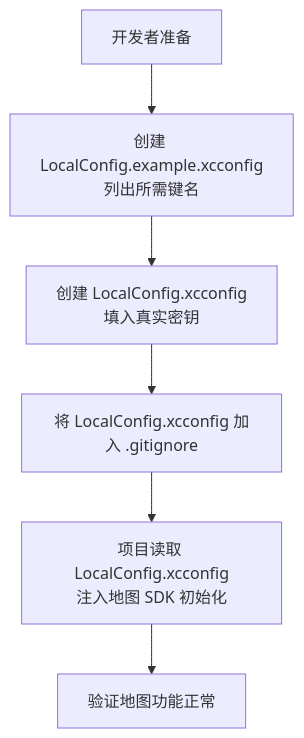
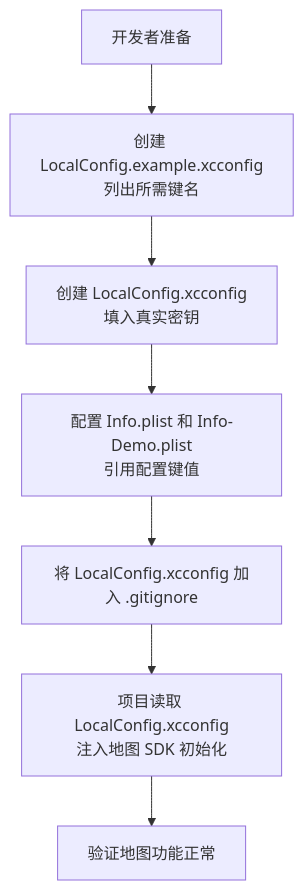
Before and after one commit to Jayden23018/blind-run-ios: the fifth of 8 diagrams in .qoder/repowiki/zh/content/配置与部署/环境配置.md, drawn with Mermaid. The commit also changed other lines of this file and 20 other files, not shown here.

````diff
--- a/.qoder/repowiki/zh/content/配置与部署/环境配置.md
+++ b/.qoder/repowiki/zh/content/配置与部署/环境配置.md
@@ -201,8 +316,9 @@
 ```mermaid
 flowchart TD
 DevStart["开发者准备"] --> CreateExample["创建 LocalConfig.example.xcconfig<br/>列出所需键名"]
 CreateExample --> CreateLocal["创建 LocalConfig.xcconfig<br/>填入真实密钥"]
-CreateLocal --> IgnoreLocal["将 LocalConfig.xcconfig 加入 .gitignore"]
+CreateLocal --> ConfigureInfo["配置 Info.plist 和 Info-Demo.plist<br/>引用配置键值"]
+ConfigureInfo --> IgnoreLocal["将 LocalConfig.xcconfig 加入 .gitignore"]
 IgnoreLocal --> LoadKey["项目读取 LocalConfig.xcconfig<br/>注入地图 SDK 初始化"]
 LoadKey --> Verify["验证地图功能正常"]
 ```
````
